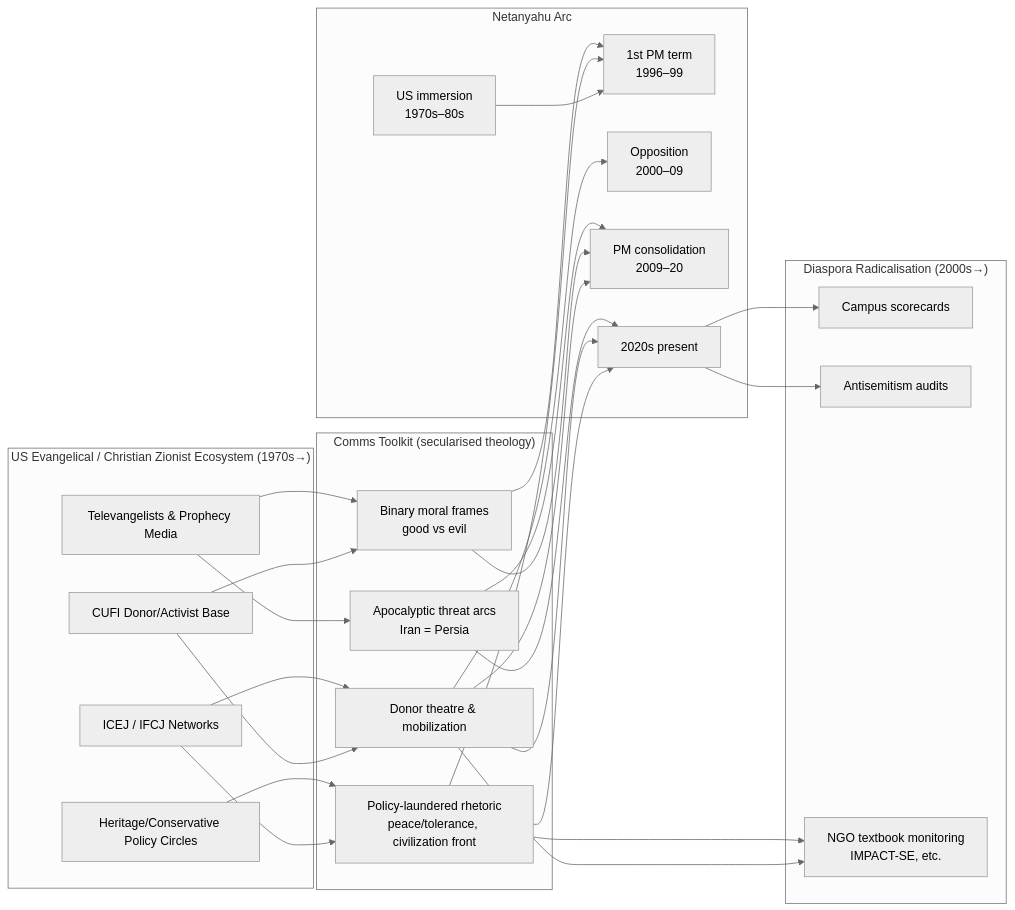
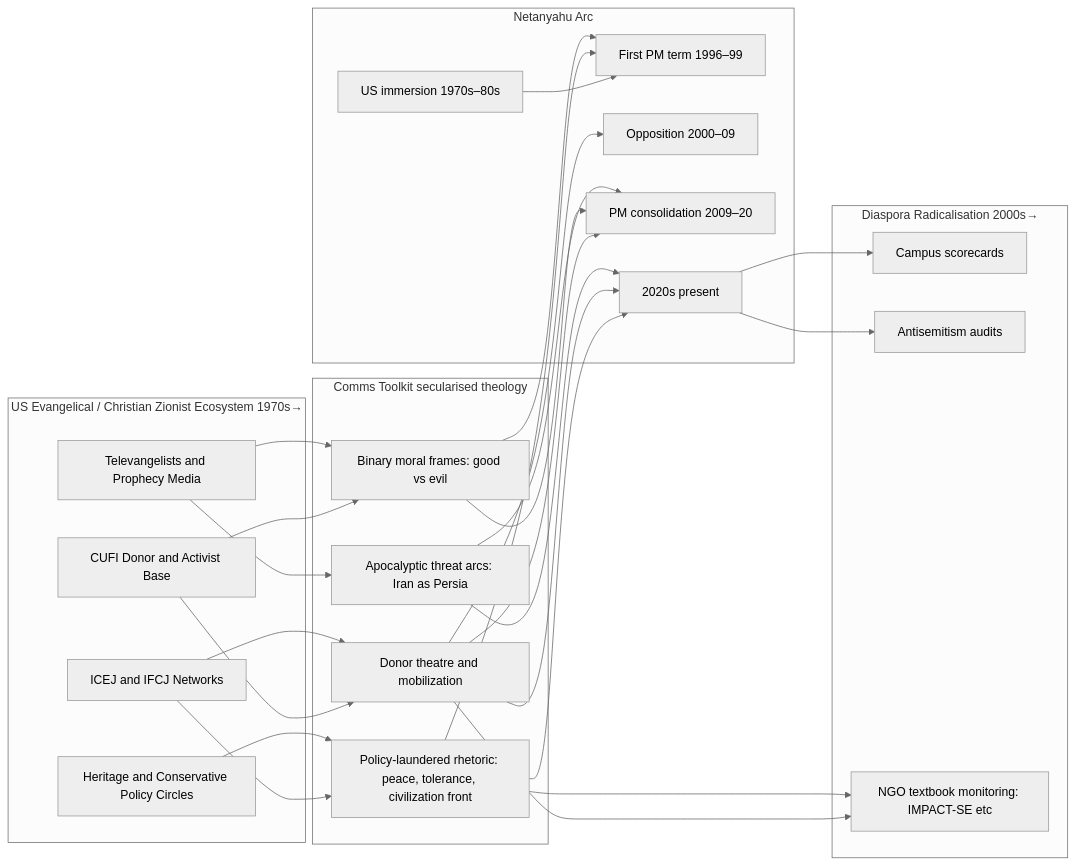
The second of 3 diagrams in Disruption_Kit/Big_Picture_Protocols/🪬_from_christian_zionism_to_diaspora_radicalisation.md (josefsbreakfast/Polaris-Protocol), drawn with Mermaid (neutral theme) before and after one commit. The commit also changed other lines of this file, not shown here.

````diff
--- a/Disruption_Kit/Big_Picture_Protocols/🪬_from_christian_zionism_to_diaspora_radicalisation.md
+++ b/Disruption_Kit/Big_Picture_Protocols/🪬_from_christian_zionism_to_diaspora_radicalisation.md
@@ -66,60 +66,60 @@
 ```mermaid
 
 flowchart LR
-  subgraph US_Evangelical_Ecosystem["US Evangelical / Christian Zionist Ecosystem (1970s→)"]
-    A[Televangelists & Prophecy Media]
-    B[ICEJ / IFCJ Networks]
-    C[CUFI Donor/Activist Base]
-    D[Heritage/Conservative Policy Circles]
+  subgraph US_Evangelical_Ecosystem["US Evangelical / Christian Zionist Ecosystem 1970s→"]
+    A[Televangelists and Prophecy Media]
+    B[ICEJ and IFCJ Networks]
+    C[CUFI Donor and Activist Base]
+    D[Heritage and Conservative Policy Circles]
   end
 
-  subgraph Comms_Toolkit["Comms Toolkit (secularised theology)"]
-    M[Binary moral frames<br/>good vs evil]
-    N[Apocalyptic threat arcs<br/>Iran = Persia]
-    O[Donor theatre & mobilization]
-    P[Policy-laundered rhetoric<br/>peace/tolerance, civilization front]
+  subgraph Comms_Toolkit["Comms Toolkit secularised theology"]
+    M[Binary moral frames: good vs evil]
+    N[Apocalyptic threat arcs: Iran as Persia]
+    O[Donor theatre and mobilization]
+    P[Policy-laundered rhetoric: peace, tolerance, civilization front]
   end
 
   subgraph Bibi_Arc["Netanyahu Arc"]
-    E[US immersion<br/>1970s–80s]
-    F[1st PM term<br/>1996–99]
-    G[Opposition<br/>2000–09]
-    H[PM consolidation<br/>2009–20]
+    E[US immersion 1970s–80s]
+    F[First PM term 1996–99]
+    G[Opposition 2000–09]
+    H[PM consolidation 2009–20]
     I[2020s present]
   end
 
-  subgraph Diaspora_Spillover["Diaspora Radicalisation (2000s→)"]
+  subgraph Diaspora_Spillover["Diaspora Radicalisation 2000s→"]
     J[Campus scorecards]
     K[Antisemitism audits]
-    L[NGO textbook monitoring<br/>IMPACT-SE, etc.]
+    L[NGO textbook monitoring: IMPACT-SE etc]
   end
 
   A --> M
   B --> O
   C --> O
   D --> P
   A --> N
   B --> P
   C --> M
 
   M --> F
   P --> F
   E --> F
   O --> G
   N --> H
   M --> H
   O --> H
   N --> I
   O --> I
   P --> I
 
   I --> J
   I --> K
   P --> L
   O --> L
 
   click C "https://cufi.org" _blank
   click B "https://www.ifcj.org" _blank
   click D "https://www.heritage.org" _blank
 
 ```
````
